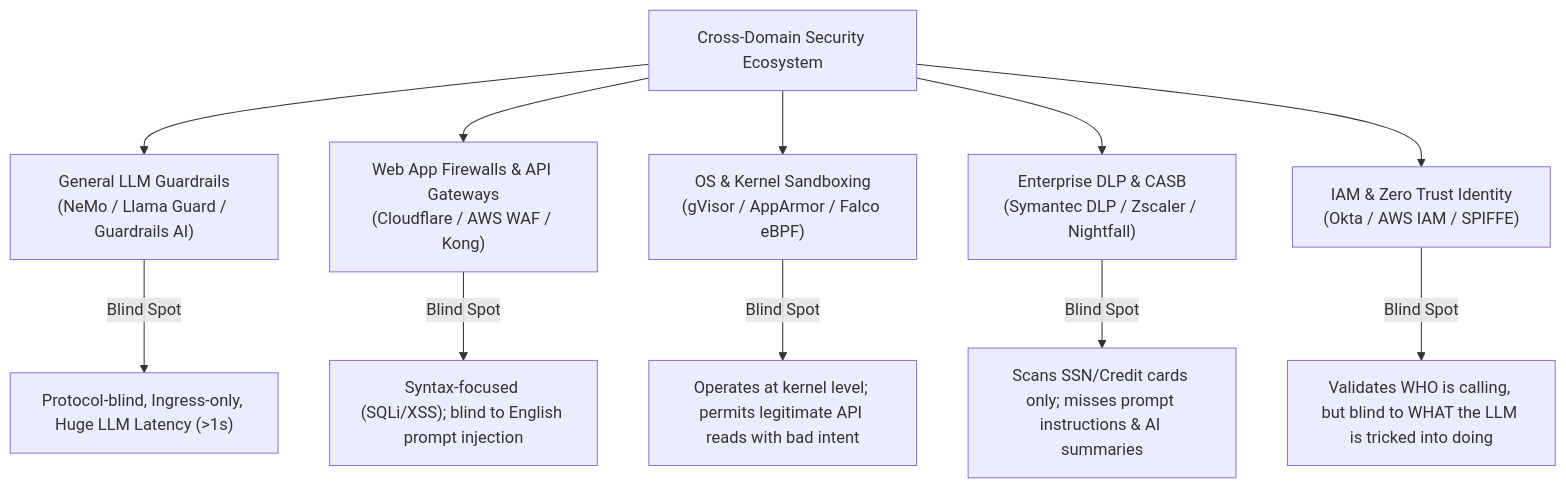
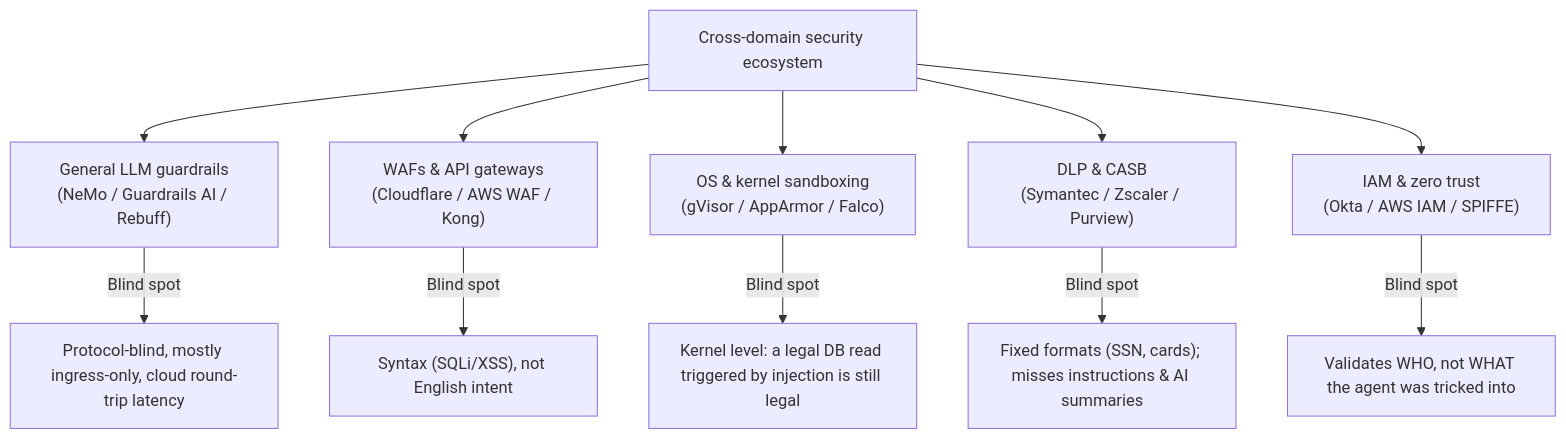
Before and after one commit to rishikeshvarma/MCP-Shield: the eighth of 10 diagrams in MCP-Shield Complete Presentation Script & Project Blueprint.md, drawn with Mermaid. The commit also changed other lines of this file and 10 other files, not shown here.

````diff
--- a/MCP-Shield Complete Presentation Script & Project Blueprint.md
+++ b/MCP-Shield Complete Presentation Script & Project Blueprint.md
@@ -308,14 +250,14 @@
 ```mermaid
 graph TD
-    Domain["Cross-Domain Security Ecosystem"] --> D1["General LLM Guardrails<br>(NeMo / Llama Guard / Guardrails AI)"]
-    Domain --> D2["Web App Firewalls & API Gateways<br>(Cloudflare / AWS WAF / Kong)"]
-    Domain --> D3["OS & Kernel Sandboxing<br>(gVisor / AppArmor / Falco eBPF)"]
-    Domain --> D4["Enterprise DLP & CASB<br>(Symantec DLP / Zscaler / Nightfall)"]
-    Domain --> D5["IAM & Zero Trust Identity<br>(Okta / AWS IAM / SPIFFE)"]
+    Domain["Cross-domain security ecosystem"] --> D1["General LLM guardrails<br>(NeMo / Guardrails AI / Rebuff)"]
+    Domain --> D2["WAFs & API gateways<br>(Cloudflare / AWS WAF / Kong)"]
+    Domain --> D3["OS & kernel sandboxing<br>(gVisor / AppArmor / Falco)"]
+    Domain --> D4["DLP & CASB<br>(Symantec / Zscaler / Purview)"]
+    Domain --> D5["IAM & zero trust<br>(Okta / AWS IAM / SPIFFE)"]
 
-    D1 -->|Blind Spot| F1["Protocol-blind, Ingress-only, Huge LLM Latency (>1s)"]
-    D2 -->|Blind Spot| F2["Syntax-focused (SQLi/XSS); blind to English prompt injection"]
-    D3 -->|Blind Spot| F3["Operates at kernel level; permits legitimate API reads with bad intent"]
-    D4 -->|Blind Spot| F4["Scans SSN/Credit cards only; misses prompt instructions & AI summaries"]
-    D5 -->|Blind Spot| F5["Validates WHO is calling, but blind to WHAT the LLM is tricked into doing"]
+    D1 -->|Blind spot| F1["Protocol-blind, mostly ingress-only, cloud round-trip latency"]
+    D2 -->|Blind spot| F2["Syntax (SQLi/XSS), not English intent"]
+    D3 -->|Blind spot| F3["Kernel level: a legal DB read triggered by injection is still legal"]
+    D4 -->|Blind spot| F4["Fixed formats (SSN, cards); misses instructions & AI summaries"]
+    D5 -->|Blind spot| F5["Validates WHO, not WHAT the agent was tricked into"]
 ```
````
